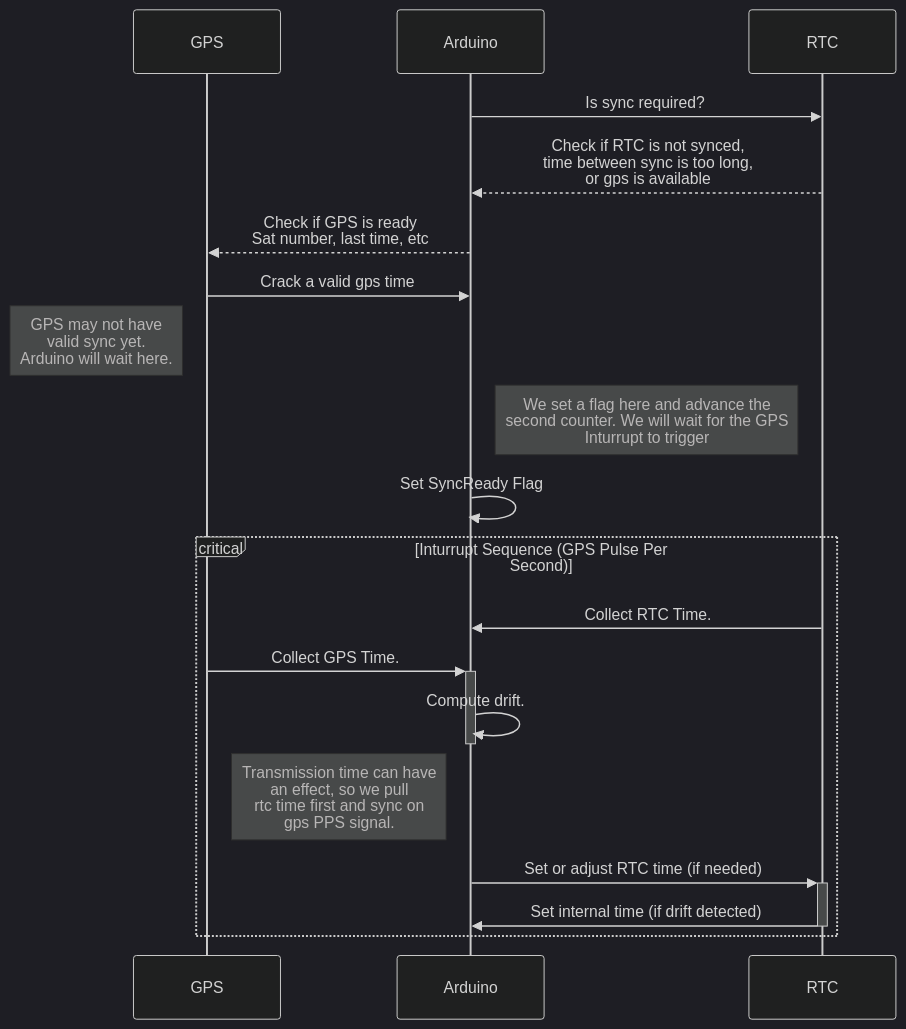
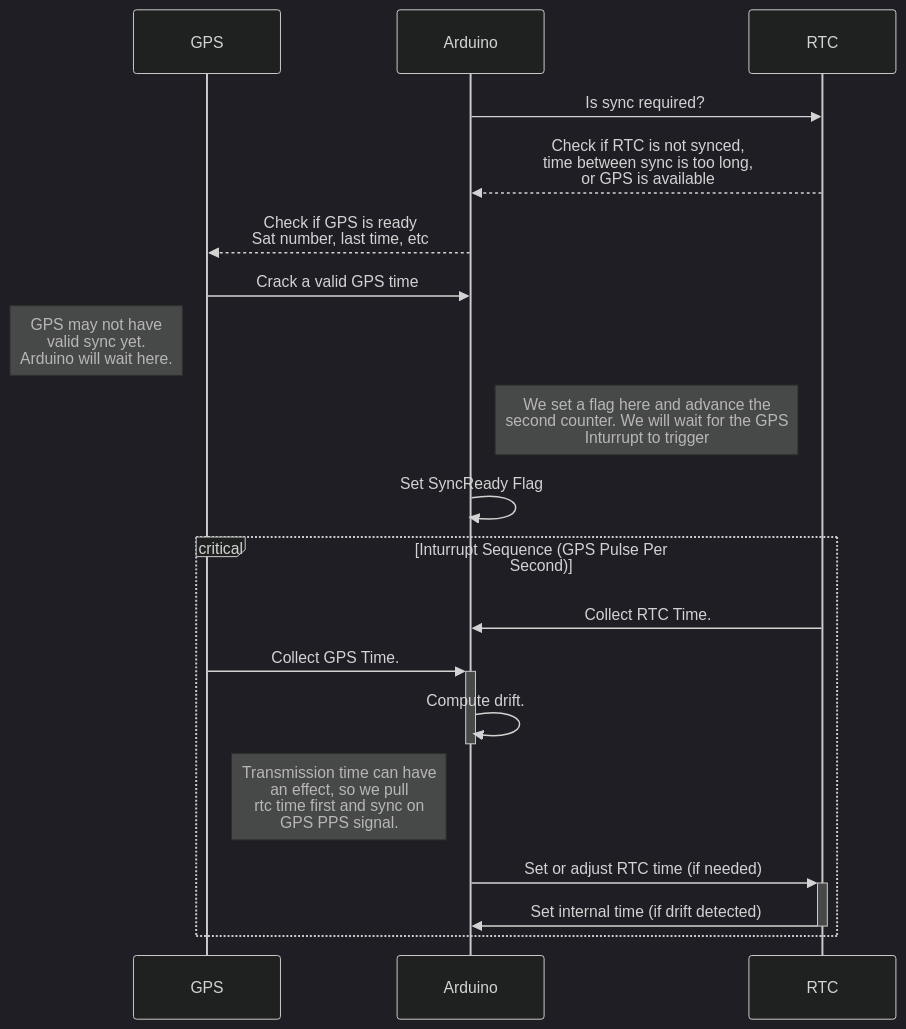
One commit to ac1ja/gc-1000-gps changed the diagram in docs/usage/getting-started.rst. Above: the diagram before and after it, drawn with Mermaid (dark theme). The commit also changed other lines of this file, not shown here.

Commit message:
Fix some spelling errors

```diff
--- a/docs/usage/getting-started.rst
+++ b/docs/usage/getting-started.rst
@@ -26,24 +26,24 @@
 .. mermaid::
 
    sequenceDiagram
       participant GPS
       participant Arduino
       participant RTC
 
       Arduino->>RTC: Is sync required?
-      RTC-->>Arduino: Check if RTC is not synced,<br/>time between sync is too long,<br/>or gps is available
+      RTC-->>Arduino: Check if RTC is not synced,<br/>time between sync is too long,<br/>or GPS is available
       
       Arduino-->>GPS: Check if GPS is ready<br/>Sat number, last time, etc
-      GPS->>Arduino: Crack a valid gps time
+      GPS->>Arduino: Crack a valid GPS time
       Note left of GPS: GPS may not have<br/>valid sync yet.<br/>Arduino will wait here.
       Note right of Arduino: We set a flag here and advance the<br/>second counter. We will wait for the GPS<br/>Inturrupt to trigger
       Arduino->>Arduino: Set SyncReady Flag
 
       critical Inturrupt Sequence (GPS Pulse Per Second)
         RTC->>Arduino: Collect RTC Time.
         GPS->>+Arduino: Collect GPS Time.
         Arduino->>-Arduino: Compute drift.
-        Note left of Arduino: Transmission time can have<br/>an effect, so we pull<br/>rtc time first and sync on<br/>gps PPS signal.
+        Note left of Arduino: Transmission time can have<br/>an effect, so we pull<br/>rtc time first and sync on<br/>GPS PPS signal.
         Arduino->>+RTC: Set or adjust RTC time (if needed)
         RTC->>-Arduino: Set internal time (if drift detected)
       end
```
